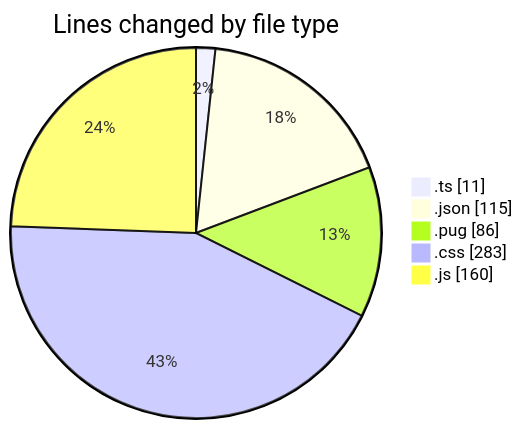
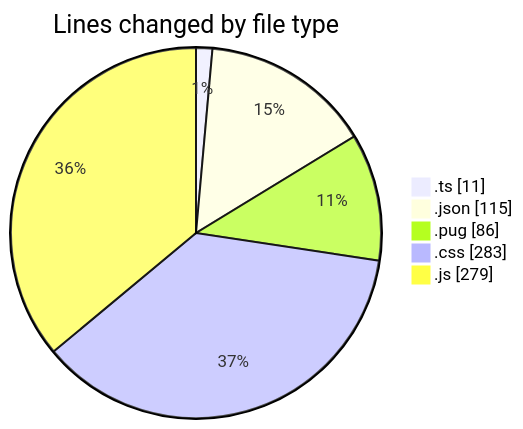
The first of 2 diagrams in 2025-02-24/cda/README.md (momahboobian/code-tracking), drawn with Mermaid before and after one commit. The commit also changed other lines of this file and 1 other file, not shown here.

````diff
--- a/2025-02-24/cda/README.md
+++ b/2025-02-24/cda/README.md
@@ -30,9 +31,9 @@
 ```mermaid
 pie showData
 title Lines changed by file type
 ".ts" : 11
 ".json" : 115
 ".pug" : 86
 ".css" : 283
-".js" : 160
+".js" : 279
 ```
````
